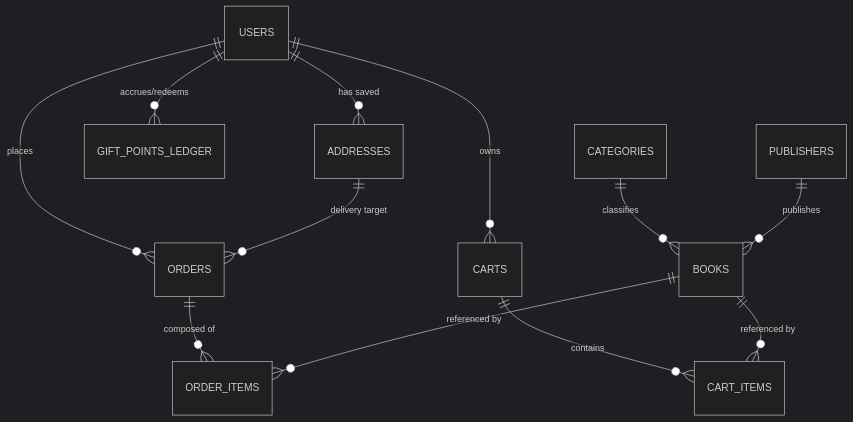
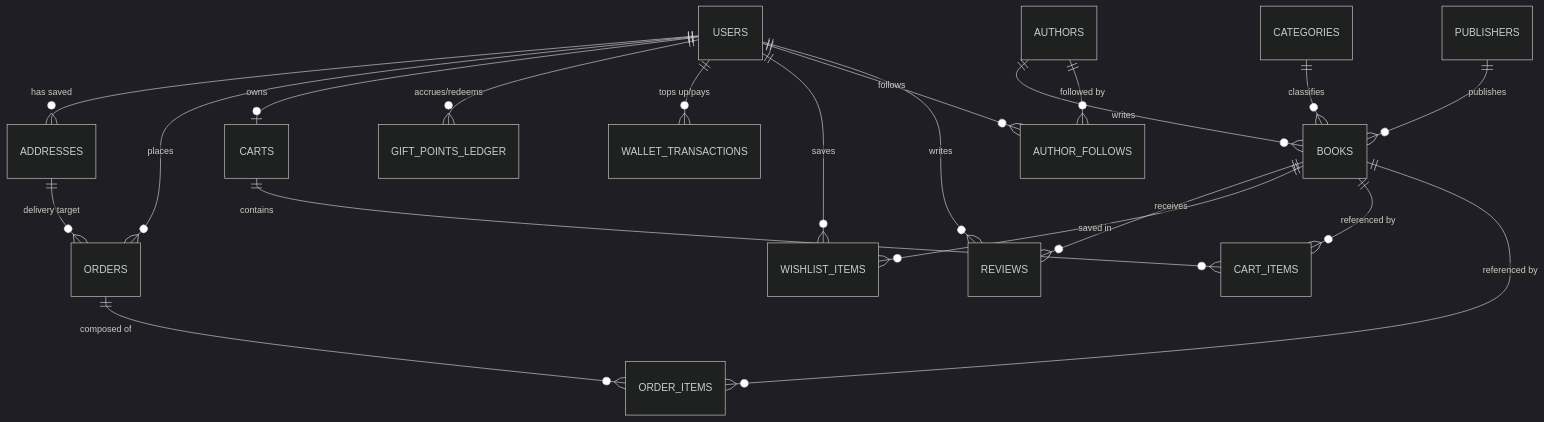
The diagram in docs/data-model.md (chauhanavi21/AI_Specialist_cloud_fullstack), drawn with Mermaid (dark theme) before and after one commit. The commit also changed other lines of this file and 1 other file, not shown here.

````diff
--- a/docs/data-model.md
+++ b/docs/data-model.md
@@ -5,14 +9,22 @@
 ```mermaid
 erDiagram
     USERS ||--o{ ADDRESSES : "has saved"
     USERS ||--o{ ORDERS : "places"
-    USERS ||--o{ CARTS : "owns"
+    USERS ||--o| CARTS : "owns"
     USERS ||--o{ GIFT_POINTS_LEDGER : "accrues/redeems"
+    USERS ||--o{ WALLET_TRANSACTIONS : "tops up/pays"
+    USERS ||--o{ WISHLIST_ITEMS : "saves"
+    USERS ||--o{ AUTHOR_FOLLOWS : "follows"
+    USERS ||--o{ REVIEWS : "writes"
+    AUTHORS ||--o{ BOOKS : "writes"
+    AUTHORS ||--o{ AUTHOR_FOLLOWS : "followed by"
     CATEGORIES ||--o{ BOOKS : "classifies"
     PUBLISHERS ||--o{ BOOKS : "publishes"
+    BOOKS ||--o{ REVIEWS : "receives"
+    BOOKS ||--o{ WISHLIST_ITEMS : "saved in"
     CARTS ||--o{ CART_ITEMS : "contains"
     BOOKS ||--o{ CART_ITEMS : "referenced by"
     ORDERS ||--o{ ORDER_ITEMS : "composed of"
     BOOKS ||--o{ ORDER_ITEMS : "referenced by"
     ADDRESSES ||--o{ ORDERS : "delivery target"
 ```
````
